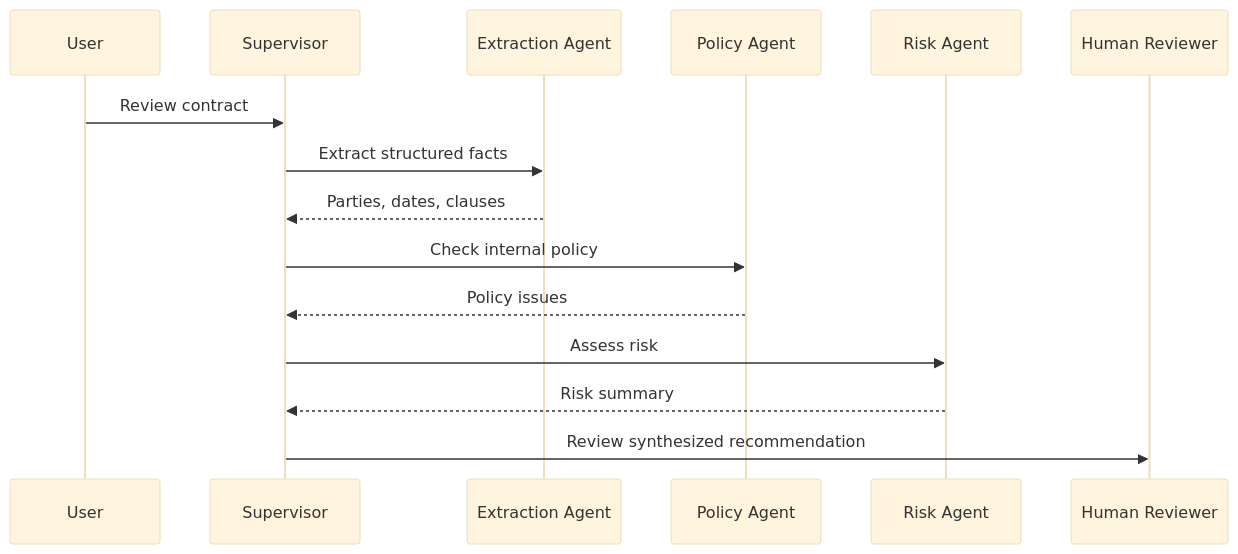
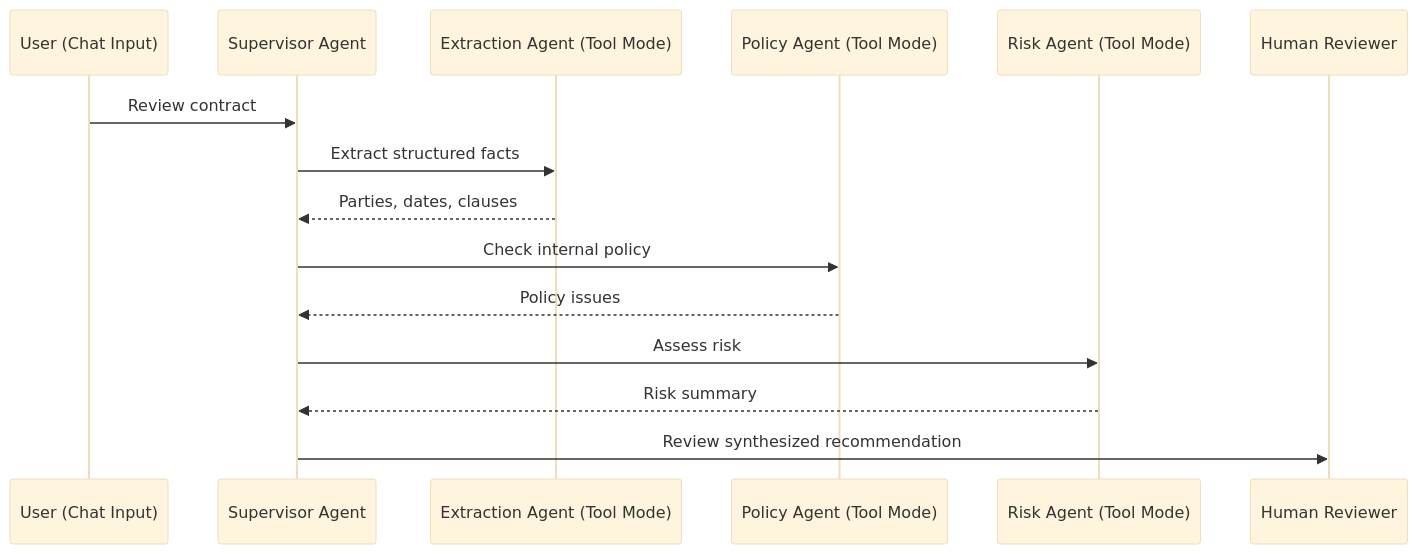
One commit to naren-allam/agents-beginners changed diagram 12 of 12 in book/chapters/chapter-03-multi-agent-systems-and-collaboration.md. Above: the diagram before and after it, drawn with Mermaid (base theme). The commit also changed other lines of this file and 28 other files, not shown here.

````diff
--- a/book/chapters/chapter-03-multi-agent-systems-and-collaboration.md
+++ b/book/chapters/chapter-03-multi-agent-systems-and-collaboration.md
@@ -401,18 +415,18 @@
 ```mermaid
 sequenceDiagram
-    participant U as User
-    participant S as Supervisor
-    participant E as Extraction Agent
-    participant P as Policy Agent
-    participant R as Risk Agent
+    participant U as User (Chat Input)
+    participant S as Supervisor Agent
+    participant E as Extraction Agent (Tool Mode)
+    participant P as Policy Agent (Tool Mode)
+    participant R as Risk Agent (Tool Mode)
     participant H as Human Reviewer
 
     U->>S: Review contract
     S->>E: Extract structured facts
     E-->>S: Parties, dates, clauses
     S->>P: Check internal policy
     P-->>S: Policy issues
     S->>R: Assess risk
     R-->>S: Risk summary
     S->>H: Review synthesized recommendation
 ```
````
